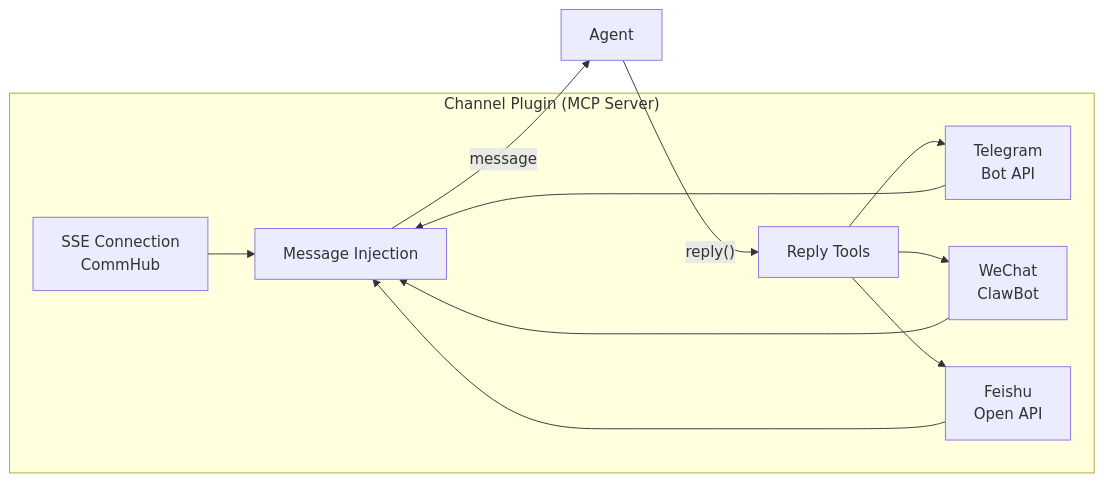
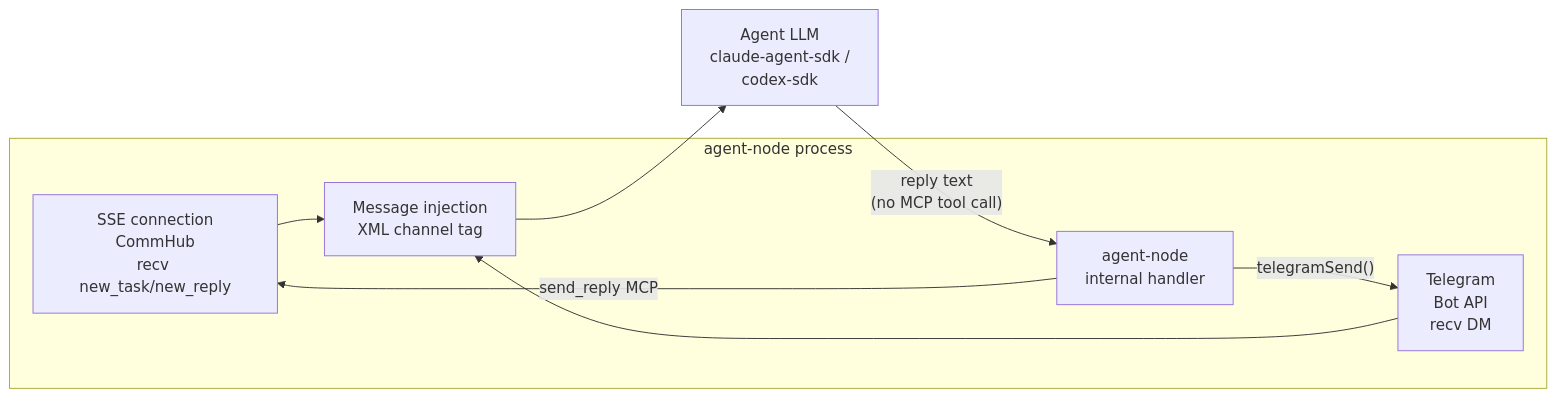
Before and after one commit to sleep2agi/agent-network: the second of 2 diagrams in docs-site/docs/en/guide/channels.md, drawn with Mermaid. The commit also changed other lines of this file and 1 other file, not shown here.

````diff
--- a/docs-site/docs/en/guide/channels.md
+++ b/docs-site/docs/en/guide/channels.md
@@ -175,22 +179,17 @@
 ```mermaid
 graph LR
-    subgraph "Channel Plugin (MCP Server)"
-        SSE[SSE Connection<br/>CommHub]
-        TG[Telegram<br/>Bot API]
-        WX[WeChat<br/>ClawBot]
-        FS[Feishu<br/>Open API]
-        INJECT[Message Injection]
-        TOOLS[Reply Tools]
+    subgraph "agent-node process"
+        SSE[SSE connection<br/>CommHub<br/>recv new_task/new_reply]
+        TG[Telegram<br/>Bot API<br/>recv DM]
+        INJECT[Message injection<br/>XML channel tag]
+        HANDLER[agent-node<br/>internal handler]
     end
 
     SSE --> INJECT
     TG --> INJECT
-    WX --> INJECT
-    FS --> INJECT
 
-    INJECT -->|"<channel>message</channel>"| AGENT[Agent]
-    AGENT -->|"reply()"| TOOLS
-    TOOLS --> TG
-    TOOLS --> WX
-    TOOLS --> FS
+    INJECT -->|"<channel source=&quot;commhub|telegram&quot;>"| AGENT[Agent LLM<br/>claude-agent-sdk /<br/>codex-sdk]
+    AGENT -->|"reply text<br/>(no MCP tool call)"| HANDLER
+    HANDLER -->|"send_reply MCP"| SSE
+    HANDLER -->|"telegramSend()"| TG
 ```
````
